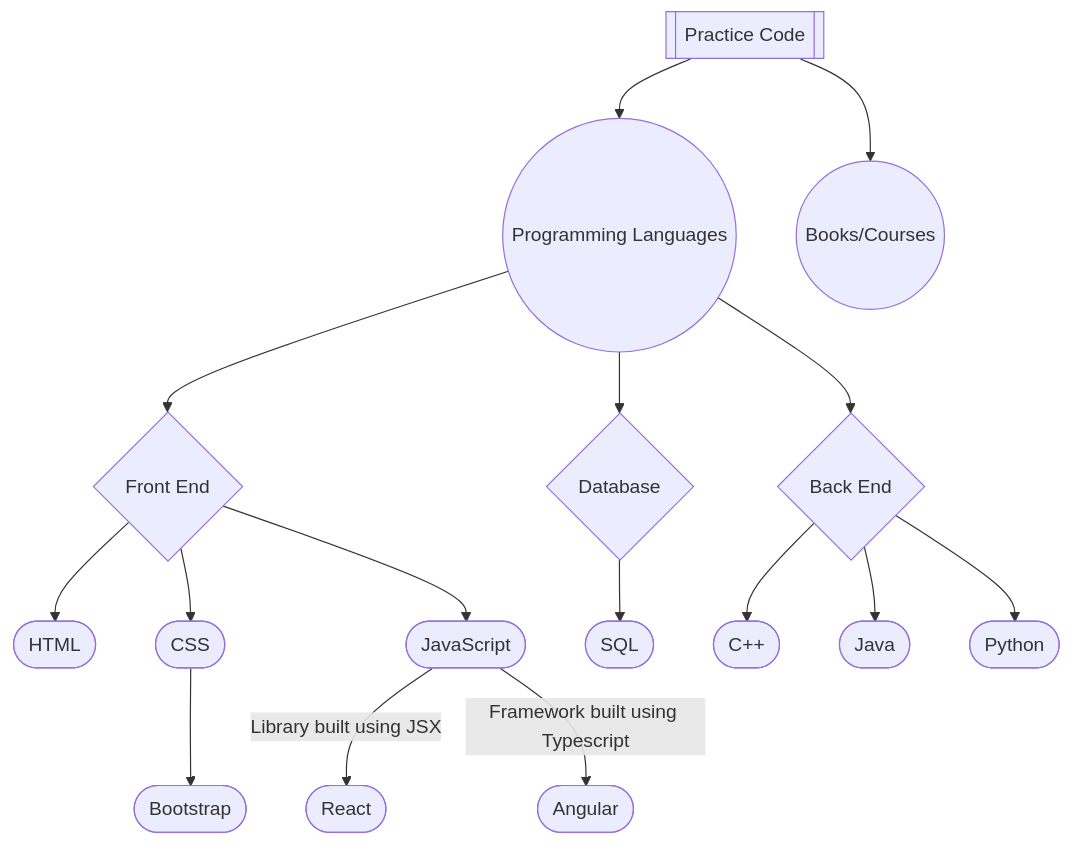
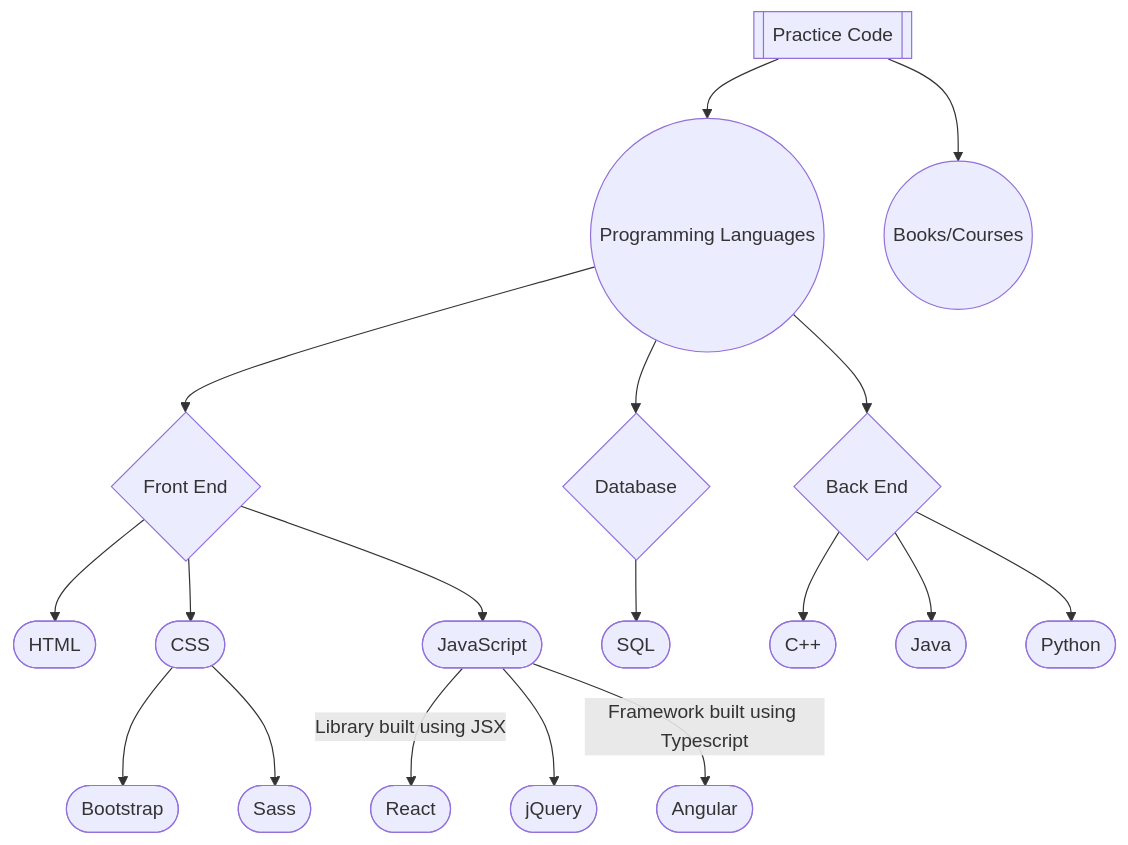
Before and after one commit to Curious-Yu/practice_code: the diagram in README.md, drawn with Mermaid. The commit also changed other lines of this file, not shown here.

````diff
--- a/README.md
+++ b/README.md
@@ -5,45 +5,49 @@
 ```mermaid
 graph TD;
 
     A1[[Practice Code]]-->B1((Programming Languages));
     A1[[Practice Code]]-->B2((Books/Courses));
     
     B1-->C1{Front End};
     B1-->C2{Database};
     B1-->C3{Back End};
     
 
     C1-->D1([HTML]);
     C1-->D2([CSS]);
     C1-->D3([JavaScript]);
     
     D2-->E1([Bootstrap]);
+    D2-->E2([Sass]);
     
-    D3-- Library built using JSX -->E2([React]);
-    D3-- Framework built using Typescript -->E3([Angular]);
+    D3-- Library built using JSX -->E3([React]);
+    D3-->E4([jQuery]);
+    D3-- Framework built using Typescript -->E5([Angular]);
     
     C2-->D4([SQL]);
     
     C3-->D5([C++]);
     C3-->D6([Java]);
     C3-->D7([Python]);
     
     click A1 "https://github.com/Curious-Yu/practice_code" _blank
     
     click D1 "Curious-Yu/practice_code#html" _blank
     click D2 "Curious-Yu/practice_code#css" _blank
     click D3 "Curious-Yu/practice_code#javascript" _blank
     
-    click E2 "Curious-Yu/practice_code#bootstrap" _blank
-    click E2 "Curious-Yu/practice_code#react" _blank
-    click E3 "Curious-Yu/practice_code#angular" _blank
+    click E1 "Curious-Yu/practice_code#bootstrap" _blank
+    click E1 "Curious-Yu/practice_code#sass" _blank
+    click E3 "Curious-Yu/practice_code#react" _blank
+    click E4 "Curious-Yu/practice_code#jquery" _blank
+    click E5 "Curious-Yu/practice_code#angular" _blank
     
     click D4 "Curious-Yu/practice_code#sql" _blank
     
     click D5 "Curious-Yu/practice_code#cplusplus" _blank
     click D6 "Curious-Yu/practice_code#java" _blank
     click D7 "Curious-Yu/practice_code#python" _blank
     
 
     
 ```
````
